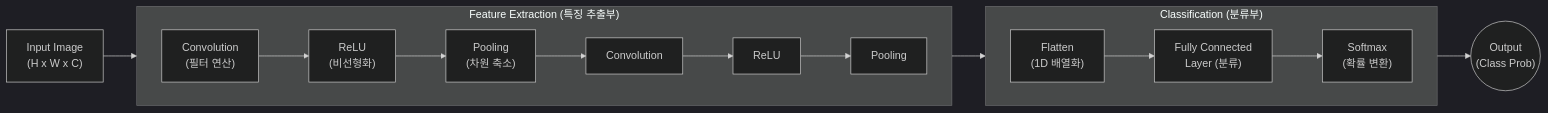
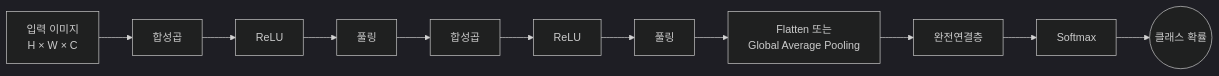
Before and after one commit to supremethumb/supremethumb.github.io: the diagram in content/01_IT Tech/CNN.md, drawn with Mermaid (dark theme). The commit also changed other lines of this file and 1087 other files, not shown here.

````diff
--- a/content/01_IT Tech/CNN.md
+++ b/content/01_IT Tech/CNN.md
@@ -25,21 +37,7 @@
 ```mermaid
 flowchart LR
-    Input["Input Image<br/>(H x W x C)"]
-    
-    subgraph Feature_Extraction["Feature Extraction (특징 추출부)"]
-        direction LR
-        Conv1["Convolution<br/>(필터 연산)"] --> Act1["ReLU<br/>(비선형화)"] --> Pool1["Pooling<br/>(차원 축소)"]
-        Conv2["Convolution"] --> Act2["ReLU"] --> Pool2["Pooling"]
-        Pool1 --> Conv2
-    end
-    
-    subgraph Classification["Classification (분류부)"]
-        direction LR
-        Flatten["Flatten<br/>(1D 배열화)"] --> FC["Fully Connected<br/>Layer (분류)"] --> Softmax["Softmax<br/>(확률 변환)"]
-    end
-    
-    Input --> Conv1
-    Pool2 --> Flatten
-    Softmax --> Output(("Output<br/>(Class Prob)"))
-
+    IN["입력 이미지<br/>H × W × C"] --> C1["합성곱"] --> A1["ReLU"] --> P1["풀링"]
+    P1 --> C2["합성곱"] --> A2["ReLU"] --> P2["풀링"]
+    P2 --> FL["Flatten 또는<br/>Global Average Pooling"]
+    FL --> FC["완전연결층"] --> SM["Softmax"] --> OUT(("클래스 확률"))
 ```
````
